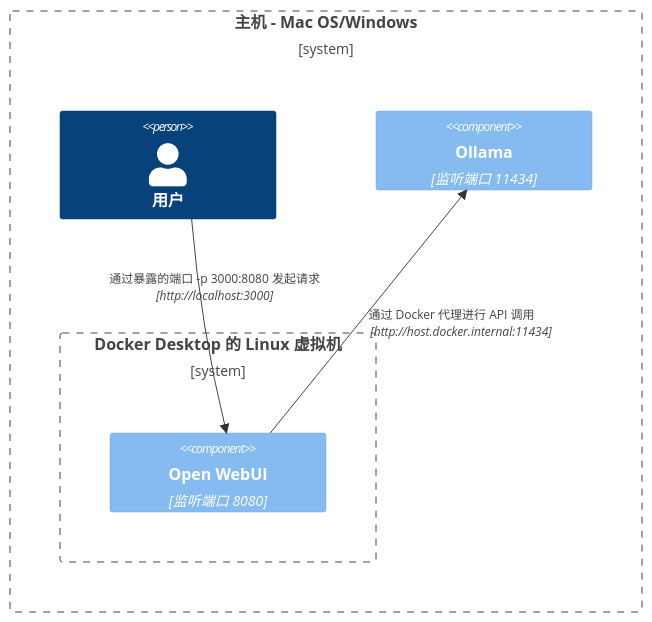
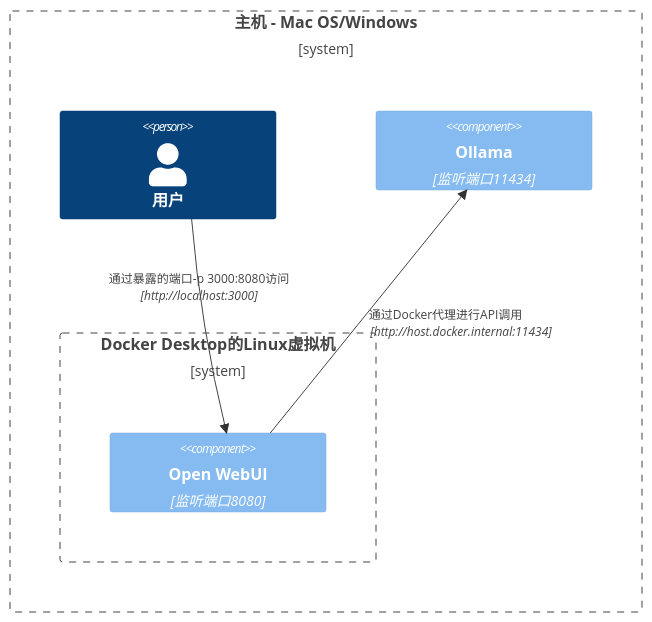
The first of 8 diagrams in docs/troubleshooting/network-diagrams.mdx (LazyG9/openwebui-doc-zh), drawn with Mermaid before and after one commit. The commit also changed other lines of this file and 11 other files, not shown here.

````diff
--- a/docs/troubleshooting/network-diagrams.mdx
+++ b/docs/troubleshooting/network-diagrams.mdx
@@ -14,13 +14,13 @@
 ```mermaid
 C4Context
 Boundary(b0, "主机 - Mac OS/Windows") {
    Person(user, "用户")
-   Boundary(b1, "Docker Desktop 的 Linux 虚拟机") {
-      Component(openwebui, "Open WebUI", "监听端口 8080")
+   Boundary(b1, "Docker Desktop的Linux虚拟机") {
+      Component(openwebui, "Open WebUI", "监听端口8080")
    }
-   Component(ollama, "Ollama", "监听端口 11434")
+   Component(ollama, "Ollama", "监听端口11434")
 }
-Rel(openwebui, ollama, "通过 Docker 代理进行 API 调用", "http://host.docker.internal:11434")
-Rel(user, openwebui, "通过暴露的端口 -p 3000:8080 发起请求", "http://localhost:3000")
+Rel(openwebui, ollama, "通过Docker代理进行API调用", "http://host.docker.internal:11434")
+Rel(user, openwebui, "通过暴露的端口-p 3000:8080访问", "http://localhost:3000")
 UpdateRelStyle(user, openwebui, $offsetX="-100", $offsetY="-50")
 ```
````
